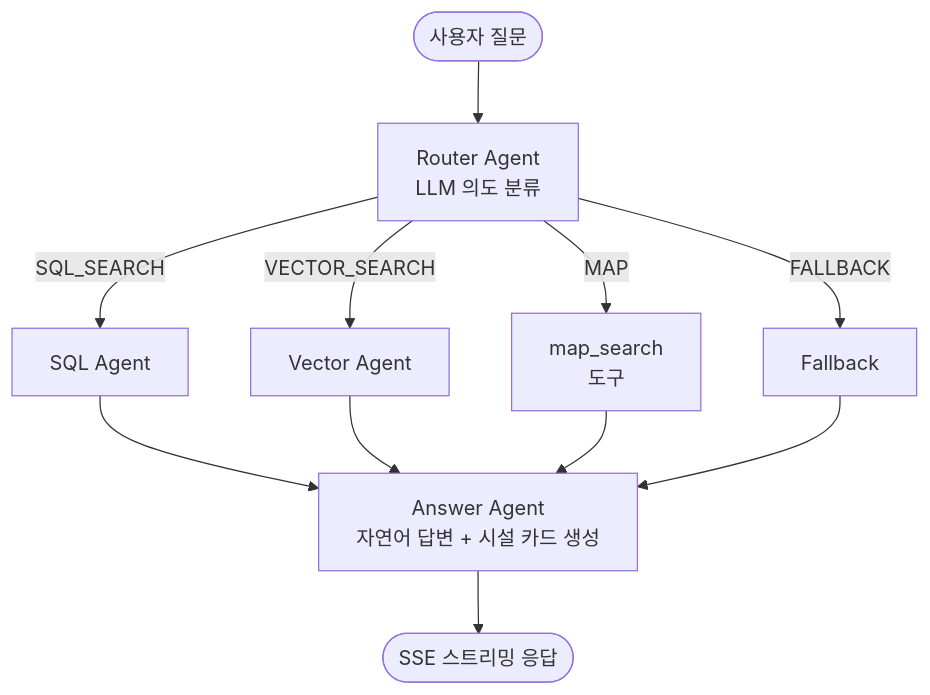
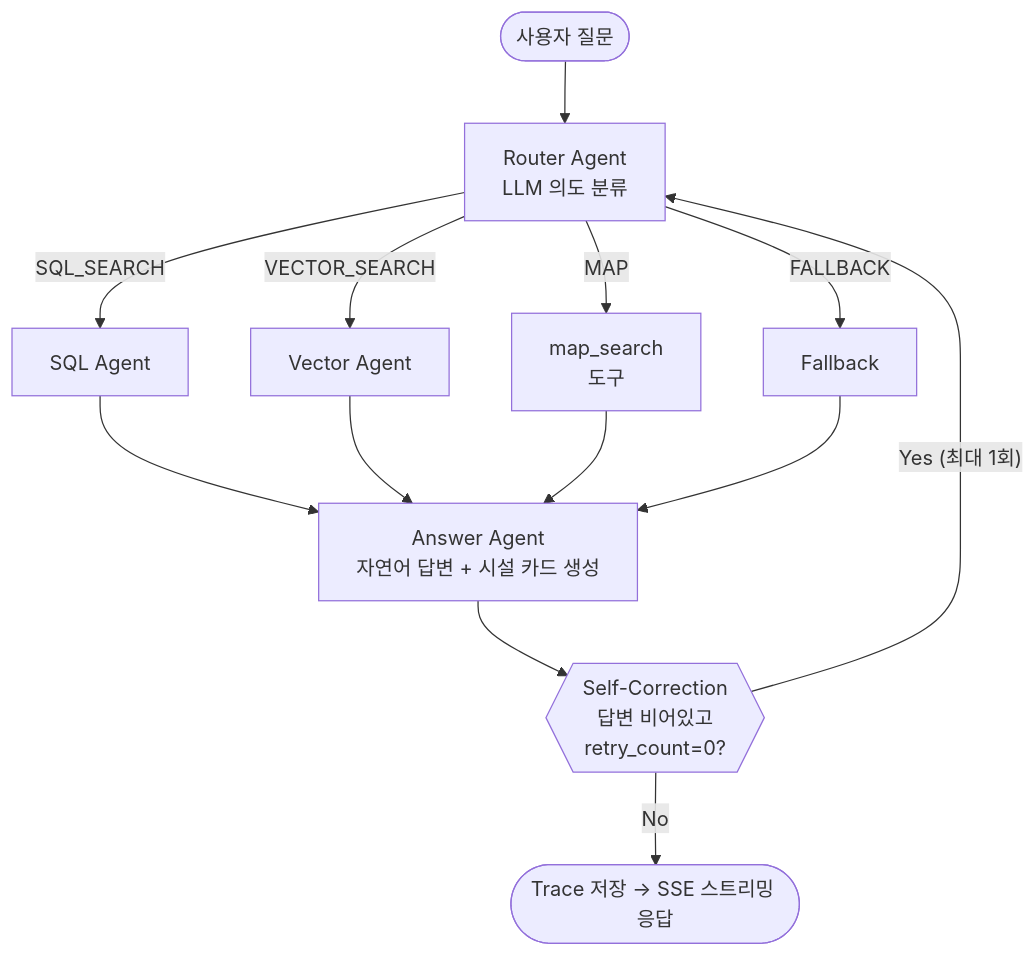
The second of 2 diagrams in on-seoul-agent/README.md (f-lab-edu/on-seoul), drawn with Mermaid before and after one commit. The commit also changed other lines of this file and 1 other file, not shown here.

````diff
--- a/on-seoul-agent/README.md
+++ b/on-seoul-agent/README.md
@@ -52,24 +52,27 @@
 ```mermaid
 flowchart TD
     START(["사용자 질문"])
     ROUTER["Router Agent\nLLM 의도 분류"]
     SQL["SQL Agent"]
     VECTOR["Vector Agent"]
     MAP["map_search\n도구"]
     FALLBACK["Fallback"]
     ANSWER["Answer Agent\n자연어 답변 + 시설 카드 생성"]
-    END(["SSE 스트리밍 응답"])
+    SELF_CORR{{"Self-Correction\n답변 비어있고\nretry_count=0?"}}
+    TRACE(["Trace 저장 → SSE 스트리밍 응답"])
 
     START --> ROUTER
     ROUTER -- "SQL_SEARCH" --> SQL
     ROUTER -- "VECTOR_SEARCH" --> VECTOR
     ROUTER -- "MAP" --> MAP
     ROUTER -- "FALLBACK" --> FALLBACK
 
     SQL --> ANSWER
     VECTOR --> ANSWER
     MAP --> ANSWER
     FALLBACK --> ANSWER
 
-    ANSWER --> END
+    ANSWER --> SELF_CORR
+    SELF_CORR -- "Yes (최대 1회)" --> ROUTER
+    SELF_CORR -- "No" --> TRACE
 ```
````
